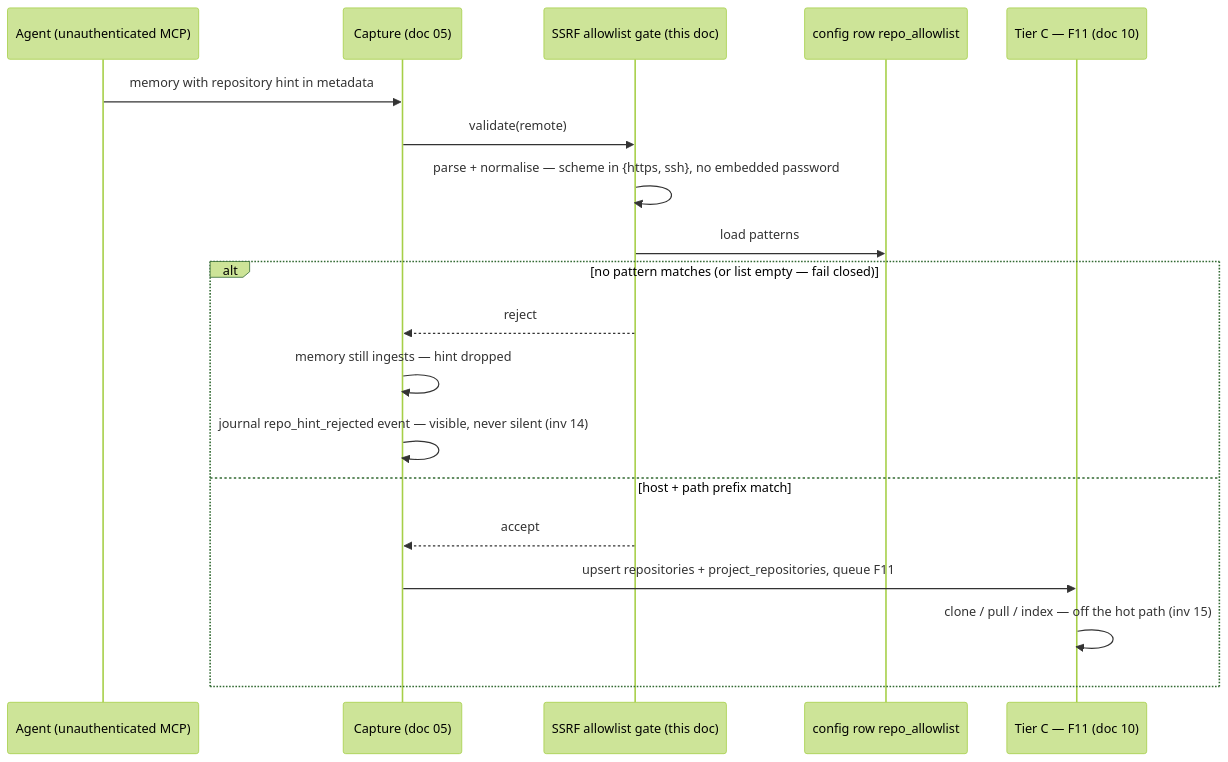
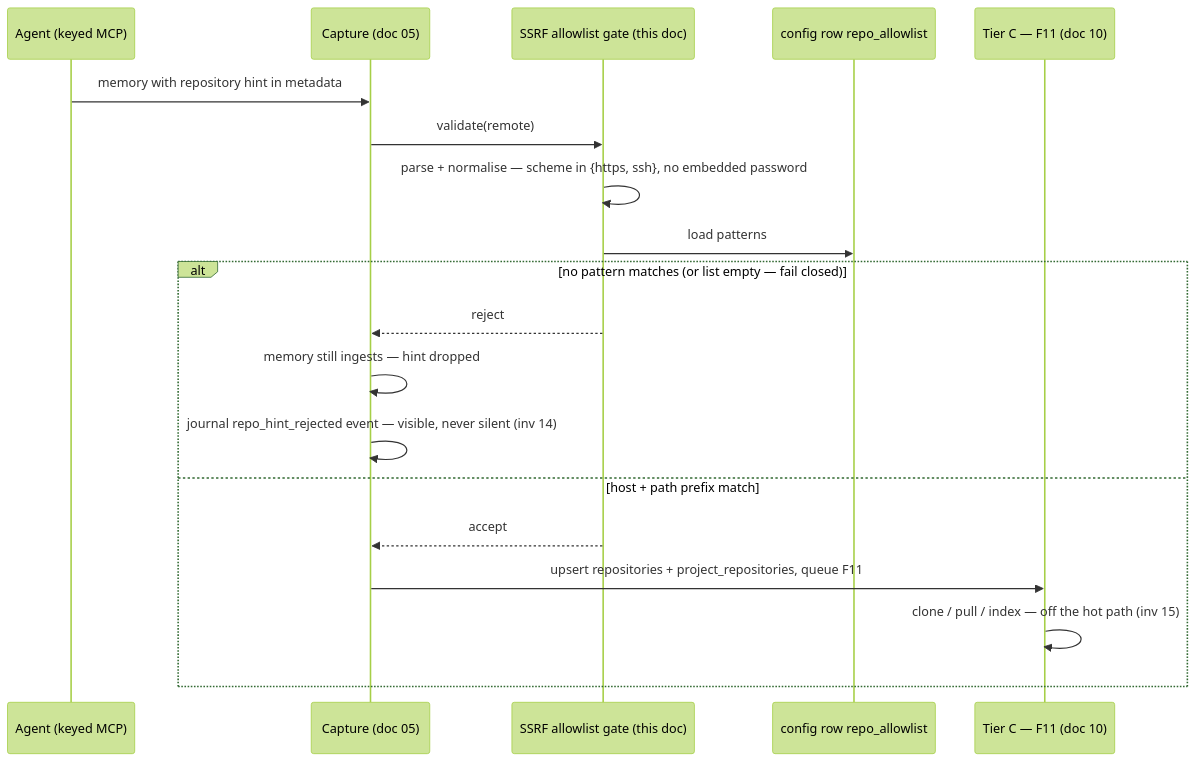
One commit to darkraise/darkmem changed the fifth of 6 diagrams in docs/design/18-security-auth-and-trust.md. Above: the diagram before and after it, drawn with Mermaid (forest theme). The commit also changed other lines of this file and 18 other files, not shown here.

First line of the commit message:
docs: retire the unauthenticated-MCP premise tree-wide

````diff
--- a/docs/design/18-security-auth-and-trust.md
+++ b/docs/design/18-security-auth-and-trust.md
@@ -176,22 +176,22 @@
 ```mermaid
 sequenceDiagram
-    participant Ag as Agent (unauthenticated MCP)
+    participant Ag as Agent (keyed MCP)
     participant Cap as Capture (doc 05)
     participant Gate as SSRF allowlist gate (this doc)
     participant Cfg as config row repo_allowlist
     participant TC as Tier C — F11 (doc 10)
 
     Ag->>Cap: memory with repository hint in metadata
     Cap->>Gate: validate(remote)
     Gate->>Gate: parse + normalise — scheme in {https, ssh}, no embedded password
     Gate->>Cfg: load patterns
     alt no pattern matches (or list empty — fail closed)
         Gate-->>Cap: reject
         Cap->>Cap: memory still ingests — hint dropped
         Cap->>Cap: journal repo_hint_rejected event — visible, never silent (inv 14)
     else host + path prefix match
         Gate-->>Cap: accept
         Cap->>TC: upsert repositories + project_repositories, queue F11
         TC->>TC: clone / pull / index — off the hot path (inv 15)
     end
 ```
````
